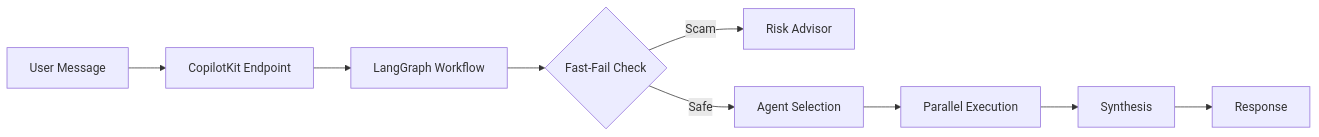
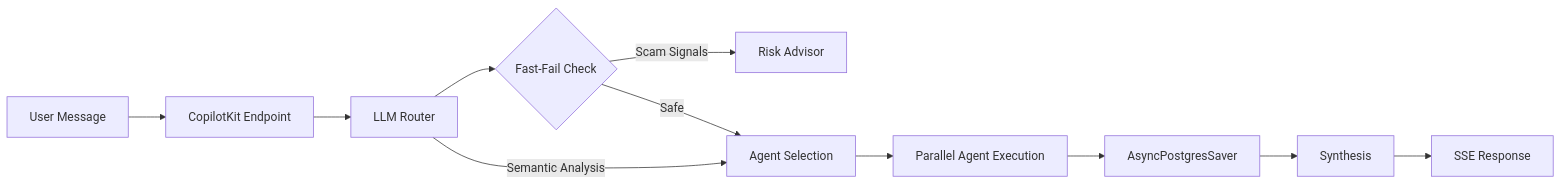
Before and after one commit to xwedx00/FlagPilot: the diagram in backend/BACKEND_API.md, drawn with Mermaid. The commit also changed other lines of this file and 5 other files, not shown here.

````diff
--- a/backend/BACKEND_API.md
+++ b/backend/BACKEND_API.md
@@ -159,11 +177,13 @@
 ```mermaid
 graph LR
     A[User Message] --> B[CopilotKit Endpoint]
-    B --> C[LangGraph Workflow]
+    B --> C[LLM Router]
     C --> D{Fast-Fail Check}
-    D -->|Scam| E[Risk Advisor]
+    D -->|Scam Signals| E[Risk Advisor]
     D -->|Safe| F[Agent Selection]
-    F --> G[Parallel Execution]
-    G --> H[Synthesis]
-    H --> I[Response]
+    C -->|Semantic Analysis| F
+    F --> G[Parallel Agent Execution]
+    G --> H[AsyncPostgresSaver]
+    H --> I[Synthesis]
+    I --> J[SSE Response]
 ```
````
